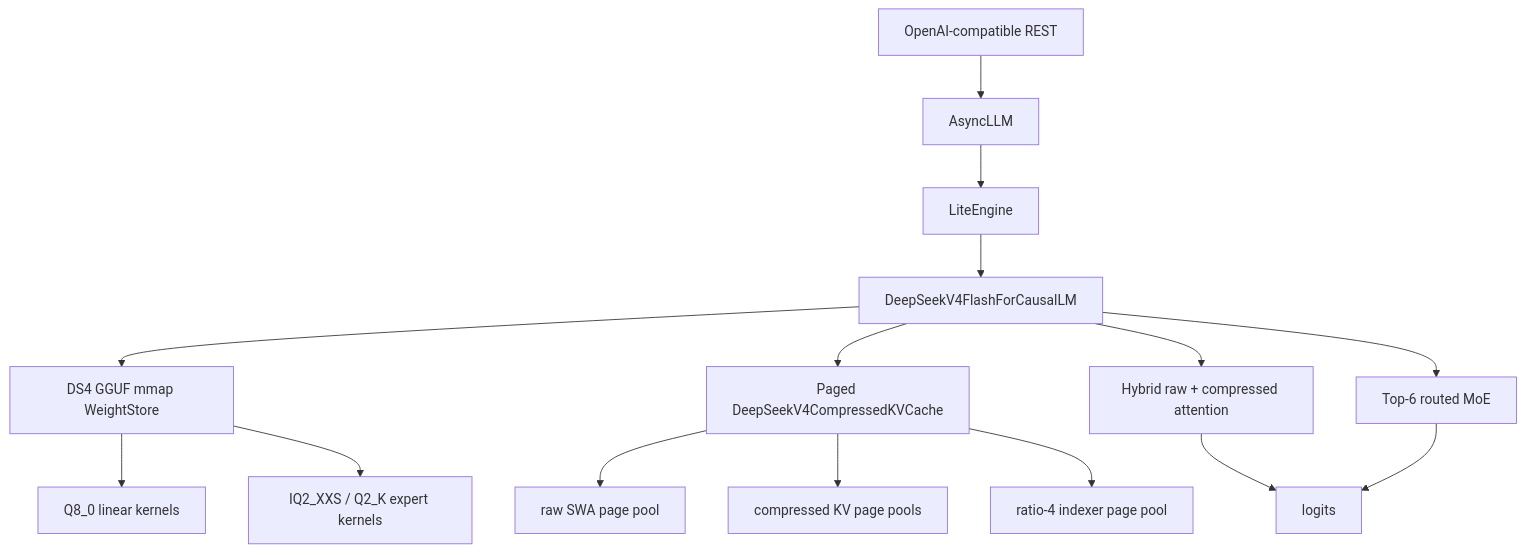
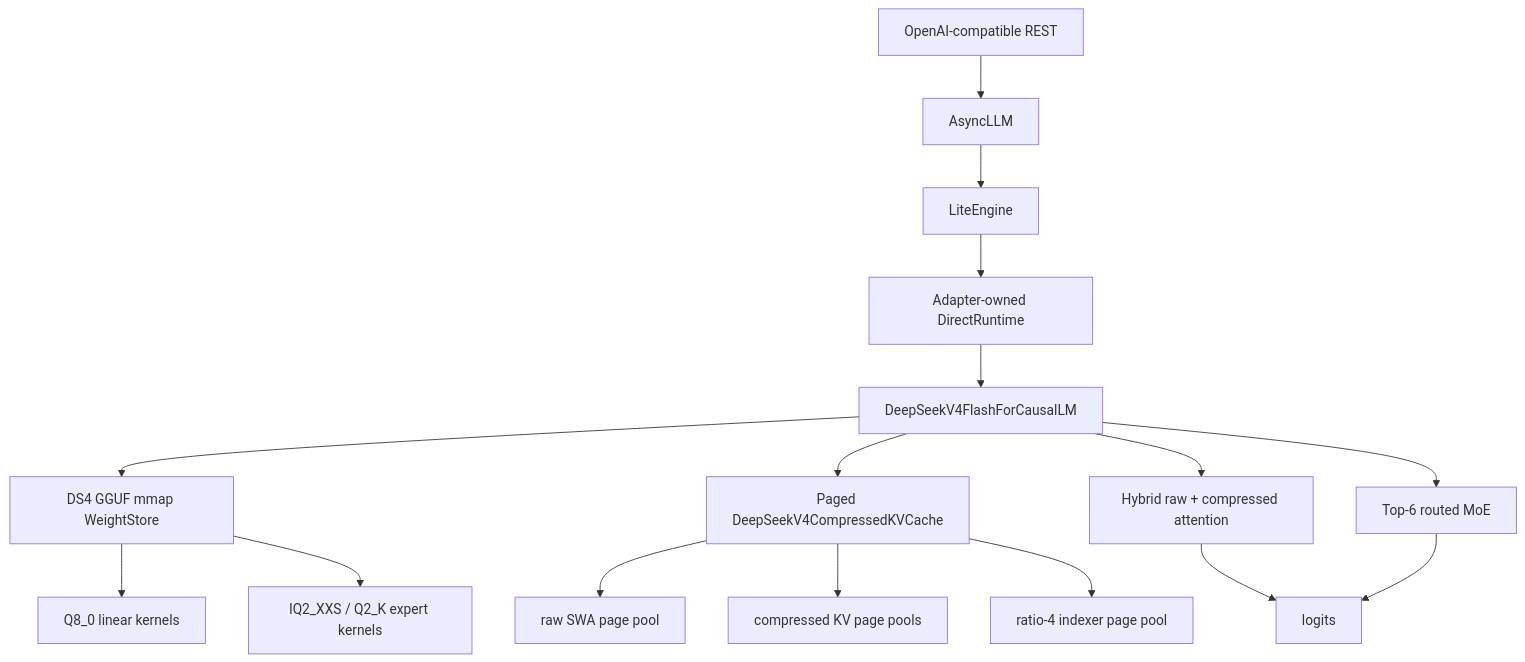
Before and after one commit to jiayingsong2023/litevLLM: the diagram in docs/design/deepseek_v4_flash_q2_native.md, drawn with Mermaid. The commit also changed other lines of this file and 32 other files, not shown here.

Commit message:
refactor: tighten lite runtime architecture

````diff
--- a/docs/design/deepseek_v4_flash_q2_native.md
+++ b/docs/design/deepseek_v4_flash_q2_native.md
@@ -635,17 +638,18 @@
 ```mermaid
 flowchart TD
     REST["OpenAI-compatible REST"] --> Async["AsyncLLM"]
     Async --> Engine["LiteEngine"]
-    Engine --> Model["DeepSeekV4FlashForCausalLM"]
+    Engine --> Direct["Adapter-owned DirectRuntime"]
+    Direct --> Model["DeepSeekV4FlashForCausalLM"]
     Model --> Store["DS4 GGUF mmap WeightStore"]
     Model --> KV["Paged DeepSeekV4CompressedKVCache"]
     Model --> Attn["Hybrid raw + compressed attention"]
     Model --> MoE["Top-6 routed MoE"]
     KV --> RawPages["raw SWA page pool"]
     KV --> CompPages["compressed KV page pools"]
     KV --> IndexPages["ratio-4 indexer page pool"]
     Store --> Q8["Q8_0 linear kernels"]
     Store --> Q2["IQ2_XXS / Q2_K expert kernels"]
     Attn --> Logits["logits"]
     MoE --> Logits
 ```
````
